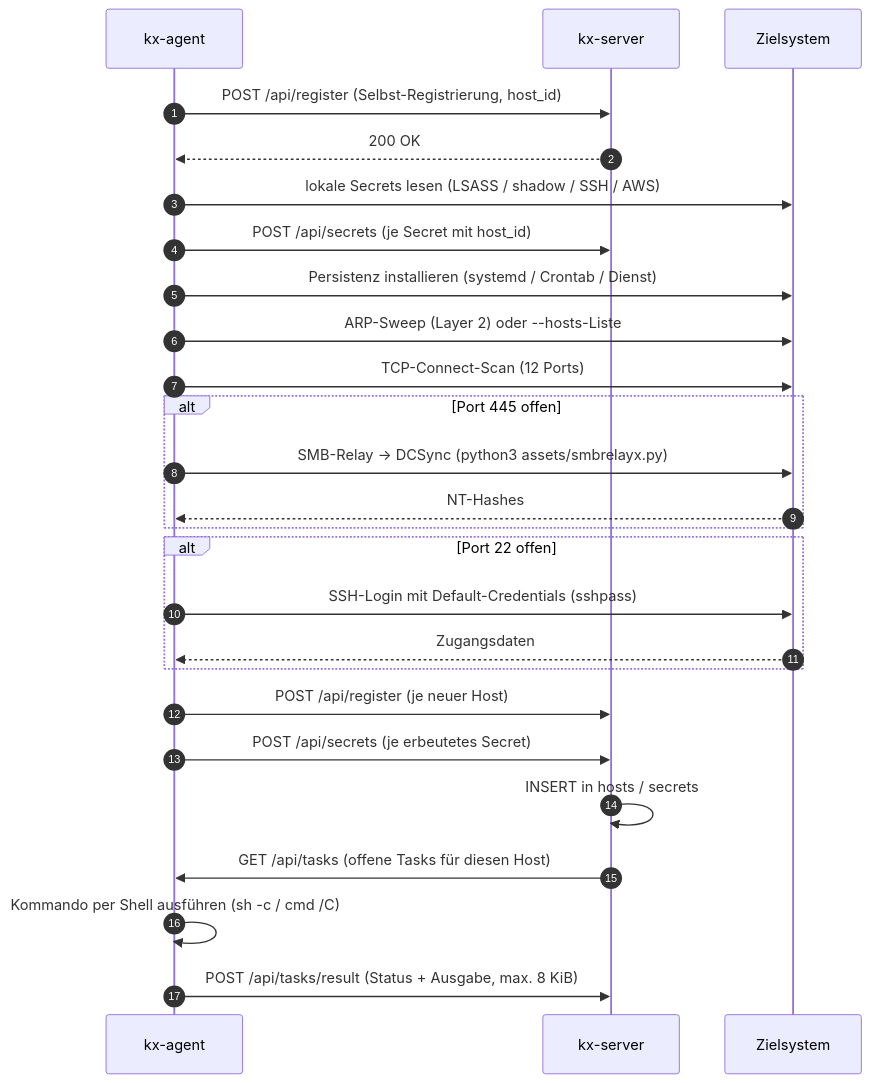
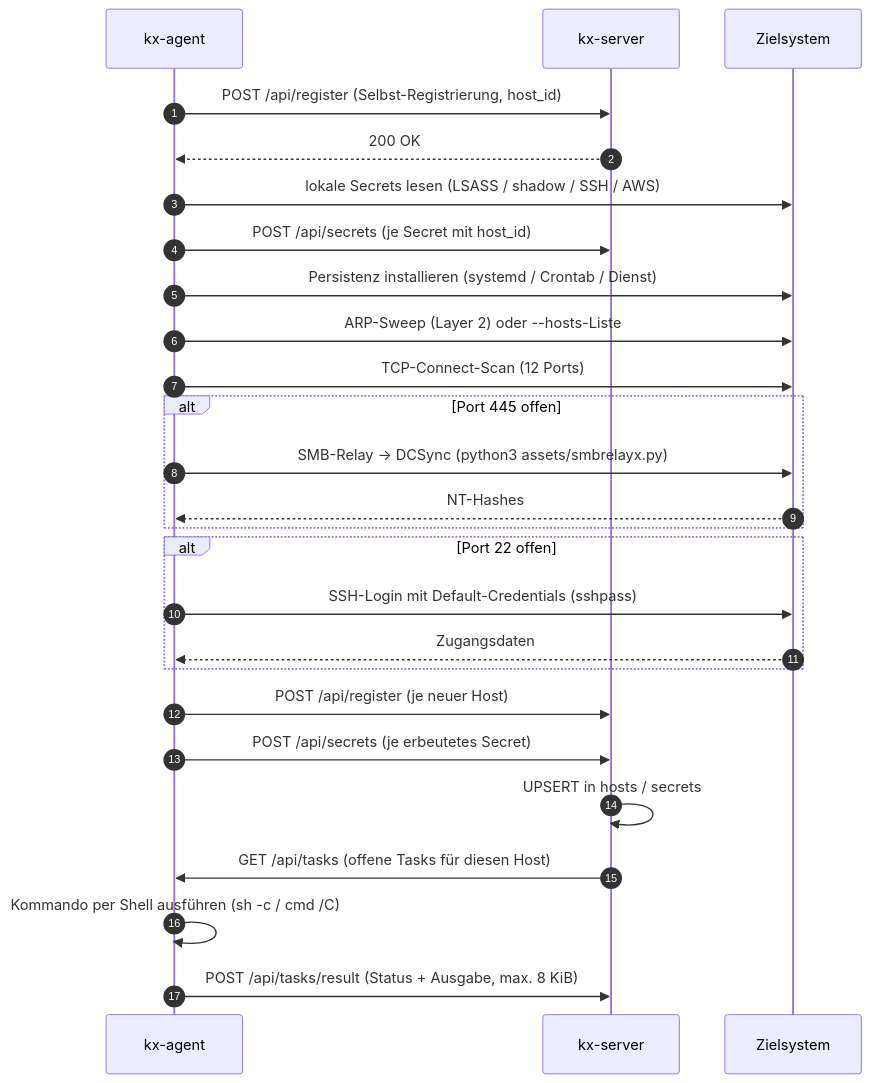
The second of 2 diagrams in README.md (arn0ld87/testwurm), drawn with Mermaid before and after one commit. The commit also changed other lines of this file and 6 other files, not shown here.

````diff
--- a/README.md
+++ b/README.md
@@ -168,29 +168,29 @@
 ```mermaid
 sequenceDiagram
     autonumber
     participant A as kx-agent
     participant S as kx-server
     participant Z as Zielsystem
 
     A->>S: POST /api/register (Selbst-Registrierung, host_id)
     S-->>A: 200 OK
     A->>Z: lokale Secrets lesen (LSASS / shadow / SSH / AWS)
     A->>S: POST /api/secrets (je Secret mit host_id)
     A->>Z: Persistenz installieren (systemd / Crontab / Dienst)
     A->>Z: ARP-Sweep (Layer 2) oder --hosts-Liste
     A->>Z: TCP-Connect-Scan (12 Ports)
     alt Port 445 offen
         A->>Z: SMB-Relay → DCSync (python3 assets/smbrelayx.py)
         Z-->>A: NT-Hashes
     end
     alt Port 22 offen
         A->>Z: SSH-Login mit Default-Credentials (sshpass)
         Z-->>A: Zugangsdaten
     end
     A->>S: POST /api/register (je neuer Host)
     A->>S: POST /api/secrets (je erbeutetes Secret)
-    S->>S: INSERT in hosts / secrets
+    S->>S: UPSERT in hosts / secrets
     S->>A: GET /api/tasks (offene Tasks für diesen Host)
     A->>A: Kommando per Shell ausführen (sh -c / cmd /C)
     A->>S: POST /api/tasks/result (Status + Ausgabe, max. 8 KiB)
 ```
````
